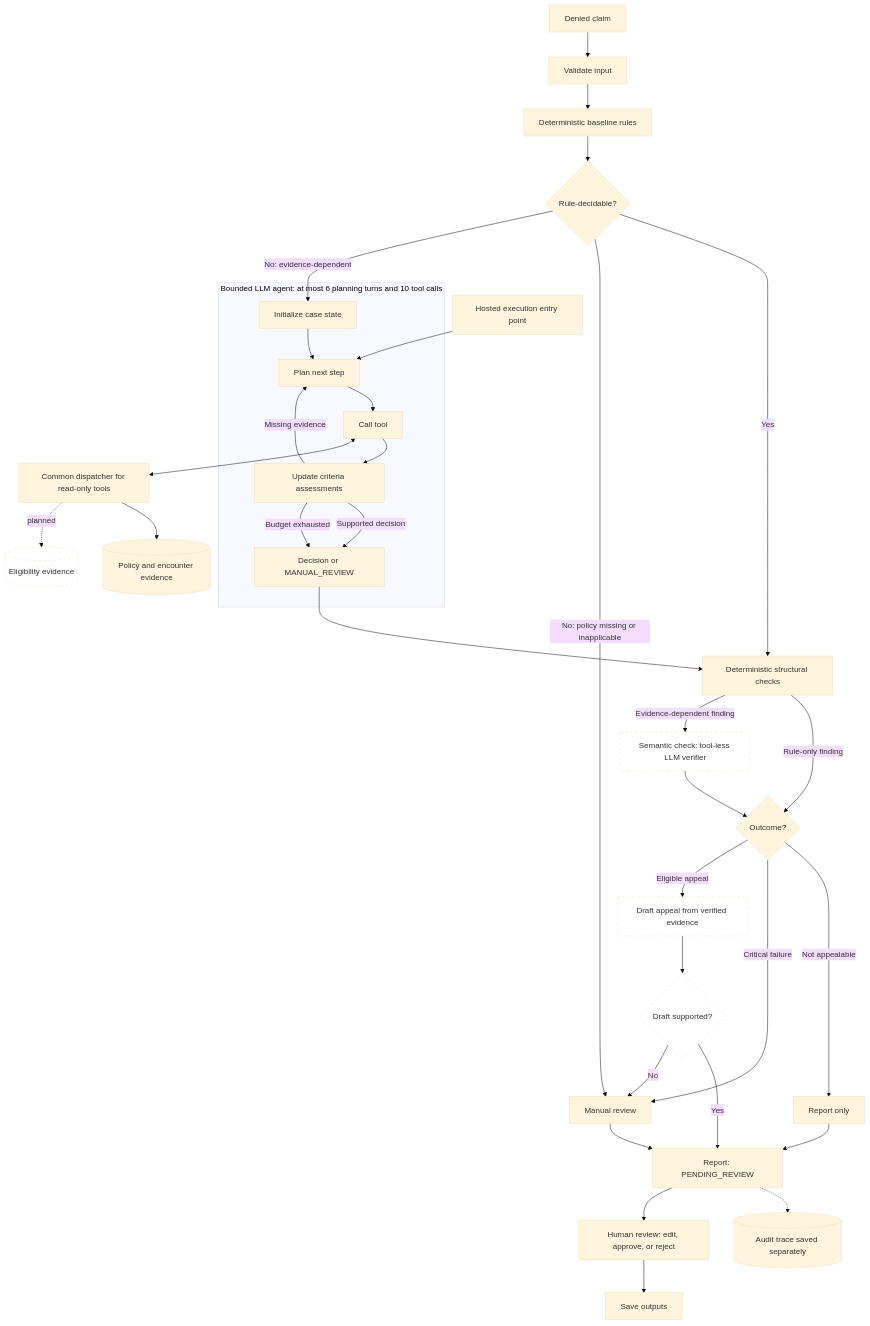
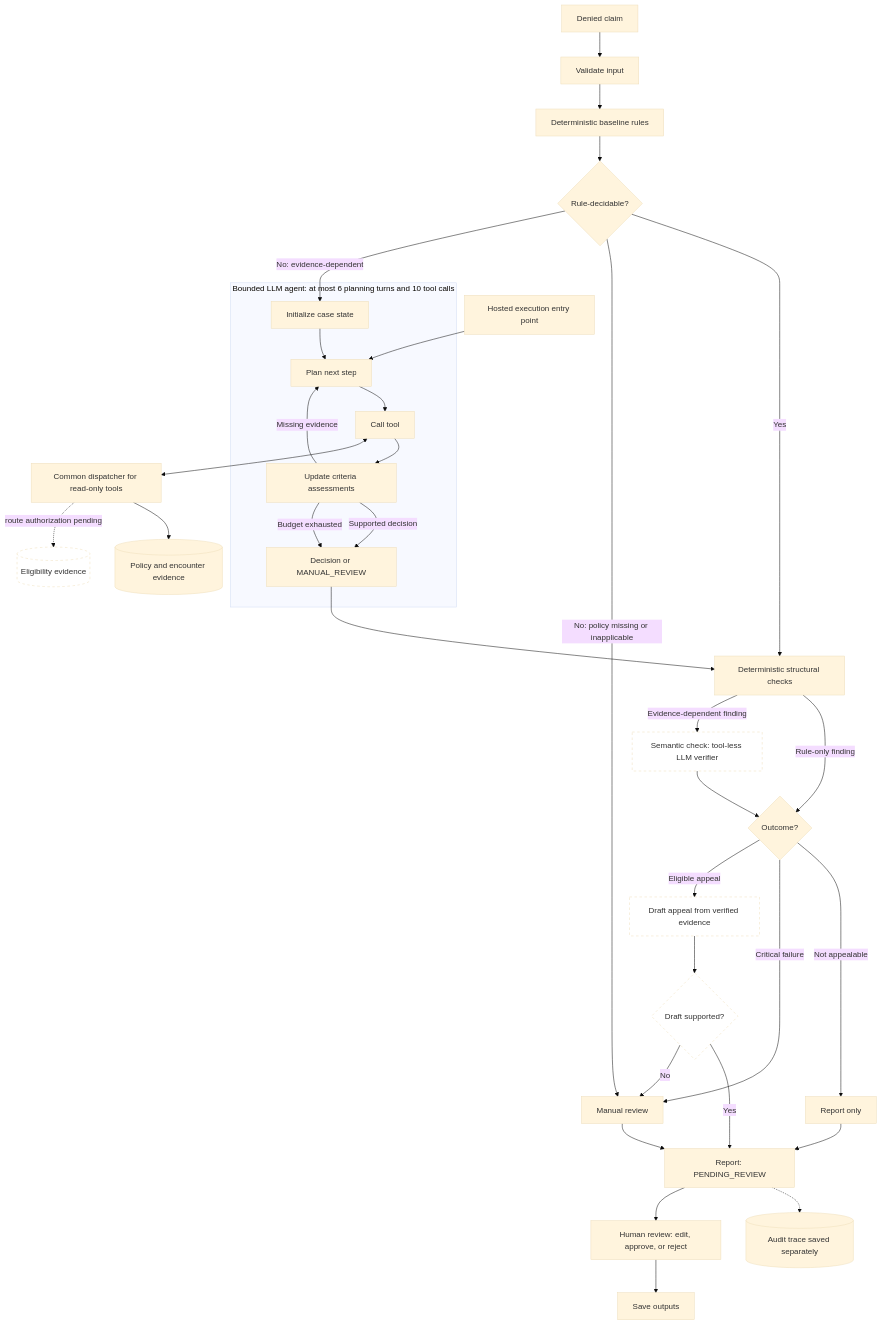
The diagram in README.md (hridaypradhan/claim-denial-triage-agent), drawn with Mermaid (base theme) before and after one commit. The commit also changed other lines of this file and 13 other files, not shown here.

Commit message:
feat: add eligibility evidence retrieval from a separate frozen store (#80)

````diff
--- a/README.md
+++ b/README.md
@@ -24,43 +24,43 @@
 ```mermaid
 flowchart TD
     A[Denied claim] --> B[Validate input]
     B --> C[Deterministic baseline rules]
     C --> D{Rule-decidable?}
     D -- Yes --> S[Deterministic structural checks]
     D -- "No: policy missing or inapplicable" --> J[Manual review]
     D -- "No: evidence-dependent" --> E[Initialize case state]
 
     subgraph Agent["Bounded LLM agent: at most 6 planning turns and 10 tool calls"]
         E --> P[Plan next step]
         P --> T[Call tool]
         T --> U[Update criteria assessments]
         U -- Missing evidence --> P
         U -- Supported decision --> R[Decision or MANUAL_REVIEW]
         U -- Budget exhausted --> R
     end
 
     T <--> F[Common dispatcher for read-only tools]
     F --> G[(Policy and encounter evidence)]
-    F -. planned .-> I[(Eligibility evidence)]
+    F -. route authorization pending .-> I[(Eligibility evidence)]
 
     R --> S
     S -- Rule-only finding --> O{Outcome?}
     S -- Evidence-dependent finding --> V[Semantic check: tool-less LLM verifier]
     V --> O
     O -- Not appealable --> K[Report only]
     O -- Critical failure --> J
     O -- Eligible appeal --> W[Draft appeal from verified evidence]
     W --> X{Draft supported?}
     X -- Yes --> L[Report: PENDING_REVIEW]
     X -- No --> J
     K --> L
     J --> L
     L -.-> Q[(Audit trace saved separately)]
     L --> H[Human review: edit, approve, or reject]
     H --> Z[Save outputs]
 
     M[Hosted execution entry point] --> P
 
     classDef planned stroke-dasharray: 5 5,fill:#fff;
     class I,V,W,X planned;
 ```
````
